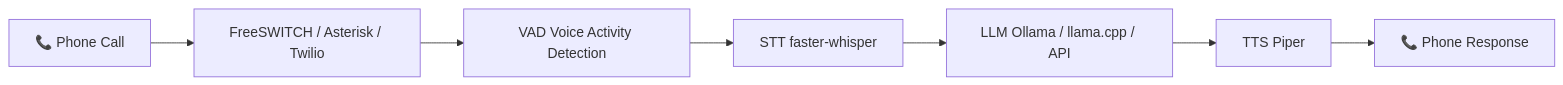
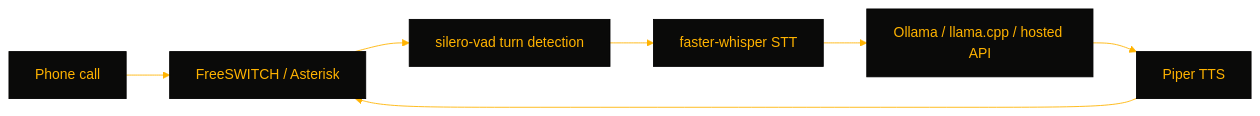
One commit to OneByJorah/VoiceCortex changed the diagram in README.md. Above: the diagram before and after it, drawn with Mermaid. The commit also changed other lines of this file, not shown here.

````diff
--- a/README.md
+++ b/README.md
@@ -55,9 +37,10 @@
 ```mermaid
+%%{init: {'theme':'base','themeVariables':{'primaryColor':'#0a0a09','primaryTextColor':'#FFB300','lineColor':'#FFB300'}}}%%
 flowchart LR
-  Phone["📞 Phone Call"] --> PBX["FreeSWITCH / Asterisk / Twilio"]
-  PBX --> VAD["VAD Voice Activity Detection"]
-  VAD --> STT["STT faster-whisper"]
-  STT --> LLM["LLM Ollama / llama.cpp / API"]
-  LLM --> TTS["TTS Piper"]
-  TTS --> Response["📞 Phone Response"]
+  PHONE["Phone call"] --> PBX["FreeSWITCH / Asterisk"]
+  PBX --> VAD["silero-vad turn detection"]
+  VAD --> STT["faster-whisper STT"]
+  STT --> LLM["Ollama / llama.cpp / hosted API"]
+  LLM --> TTS["Piper TTS"]
+  TTS --> PBX
 ```
````
